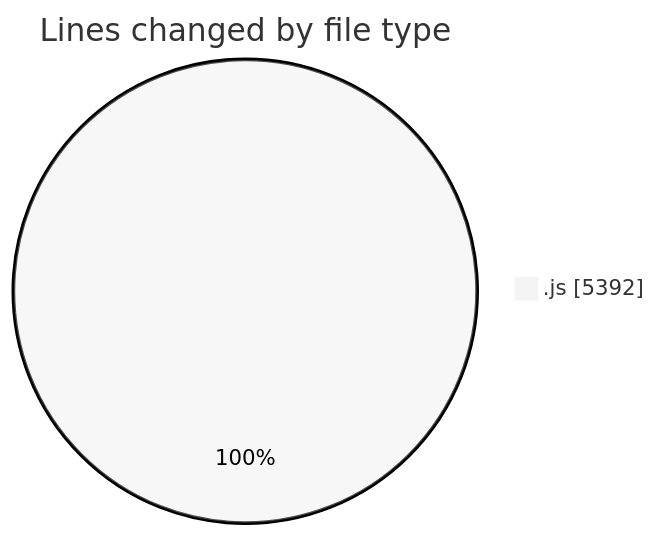
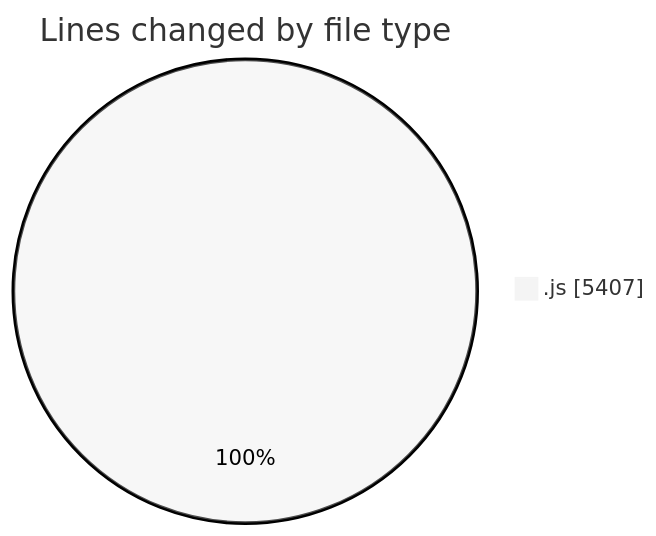
Before and after one commit to nxtqubesakshisongat/code-tracking: the first of 2 diagrams in 2025-09-26/nxtqube_webapp/README.md, drawn with Mermaid (neutral theme). The commit also changed other lines of this file and 1 other file, not shown here.

````diff
--- a/2025-09-26/nxtqube_webapp/README.md
+++ b/2025-09-26/nxtqube_webapp/README.md
@@ -21,5 +21,5 @@
 ```mermaid
 pie showData
 title Lines changed by file type
-".js" : 5392
+".js" : 5407
 ```
````
